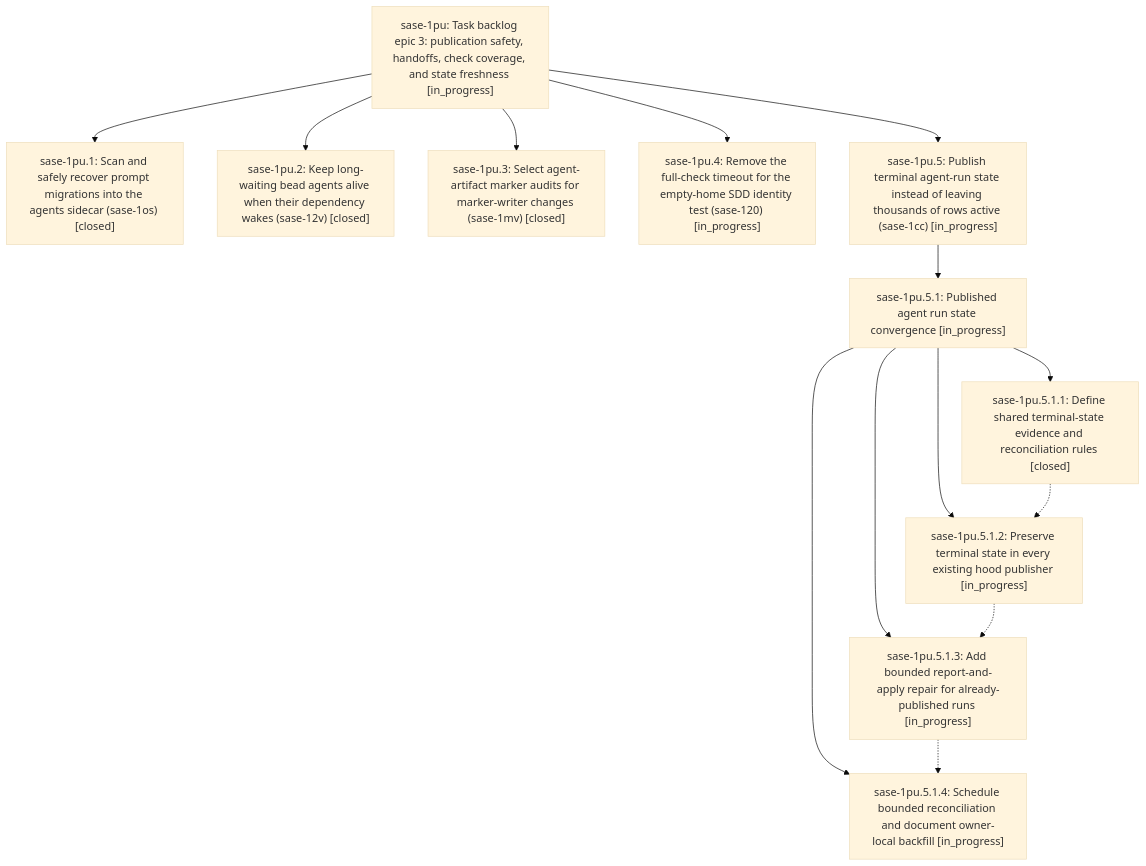
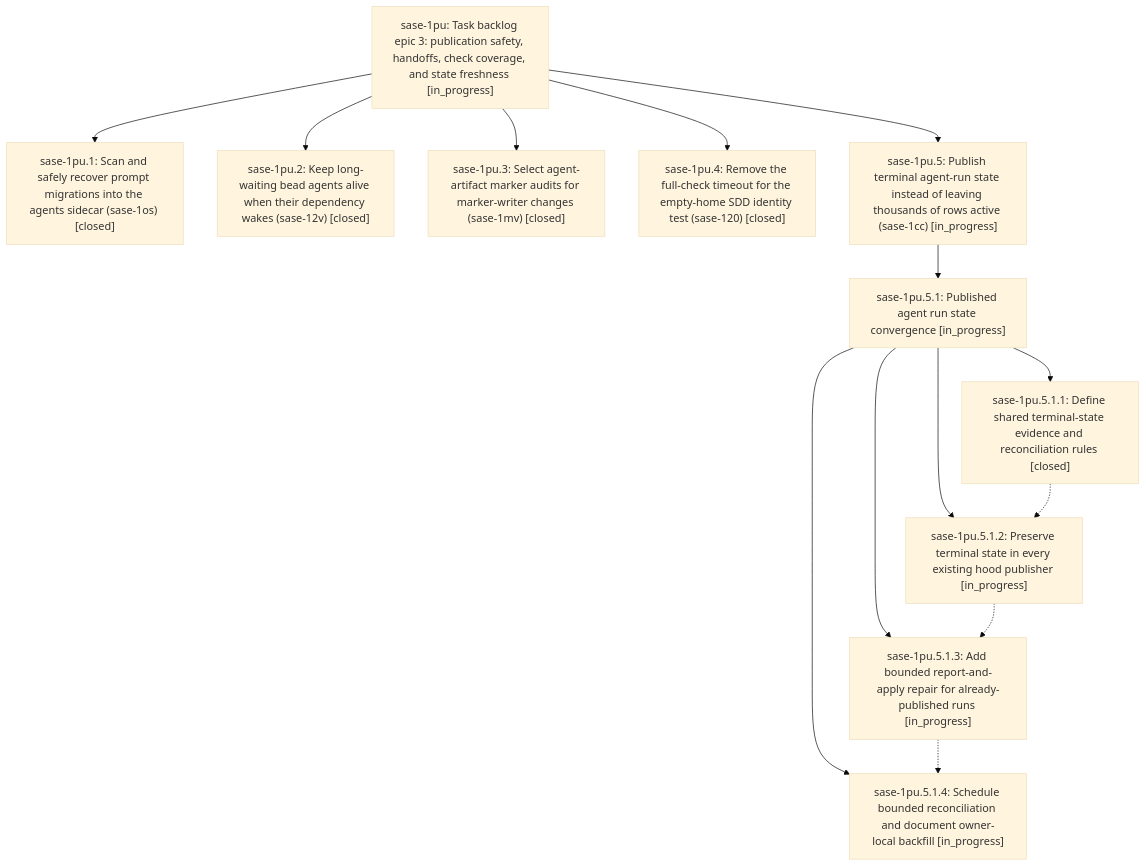
One commit to sase-org/sase--beads changed the diagram in pages/sase-1pu/README.md. Above: the diagram before and after it, drawn with Mermaid (base theme). The commit also changed other lines of this file and 5 other files, not shown here.

````diff
--- a/pages/sase-1pu/README.md
+++ b/pages/sase-1pu/README.md
@@ -44,27 +44,27 @@
 ```mermaid
 flowchart TD
     n0["sase-1pu: Task backlog epic 3: publication safety, handoffs, check coverage, and state freshness [in_progress]"]
     n1["sase-1pu.1: Scan and safely recover prompt migrations into the agents sidecar (sase-1os) [closed]"]
     n2["sase-1pu.2: Keep long-waiting bead agents alive when their dependency wakes (sase-12v) [closed]"]
     n3["sase-1pu.3: Select agent-artifact marker audits for marker-writer changes (sase-1mv) [closed]"]
-    n4["sase-1pu.4: Remove the full-check timeout for the empty-home SDD identity test (sase-120) [in_progress]"]
+    n4["sase-1pu.4: Remove the full-check timeout for the empty-home SDD identity test (sase-120) [closed]"]
     n5["sase-1pu.5: Publish terminal agent-run state instead of leaving thousands of rows active (sase-1cc) [in_progress]"]
     n6["sase-1pu.5.1: Published agent run state convergence [in_progress]"]
     n7["sase-1pu.5.1.1: Define shared terminal-state evidence and reconciliation rules [closed]"]
     n8["sase-1pu.5.1.2: Preserve terminal state in every existing hood publisher [in_progress]"]
     n9["sase-1pu.5.1.3: Add bounded report-and-apply repair for already-published runs [in_progress]"]
     n10["sase-1pu.5.1.4: Schedule bounded reconciliation and document owner-local backfill [in_progress]"]
     n0 --> n1
     n0 --> n2
     n0 --> n3
     n0 --> n4
     n0 --> n5
     n5 --> n6
     n6 --> n7
     n6 --> n8
     n6 --> n9
     n6 --> n10
     n7 -.-> n8
     n8 -.-> n9
     n9 -.-> n10
 ```
````
